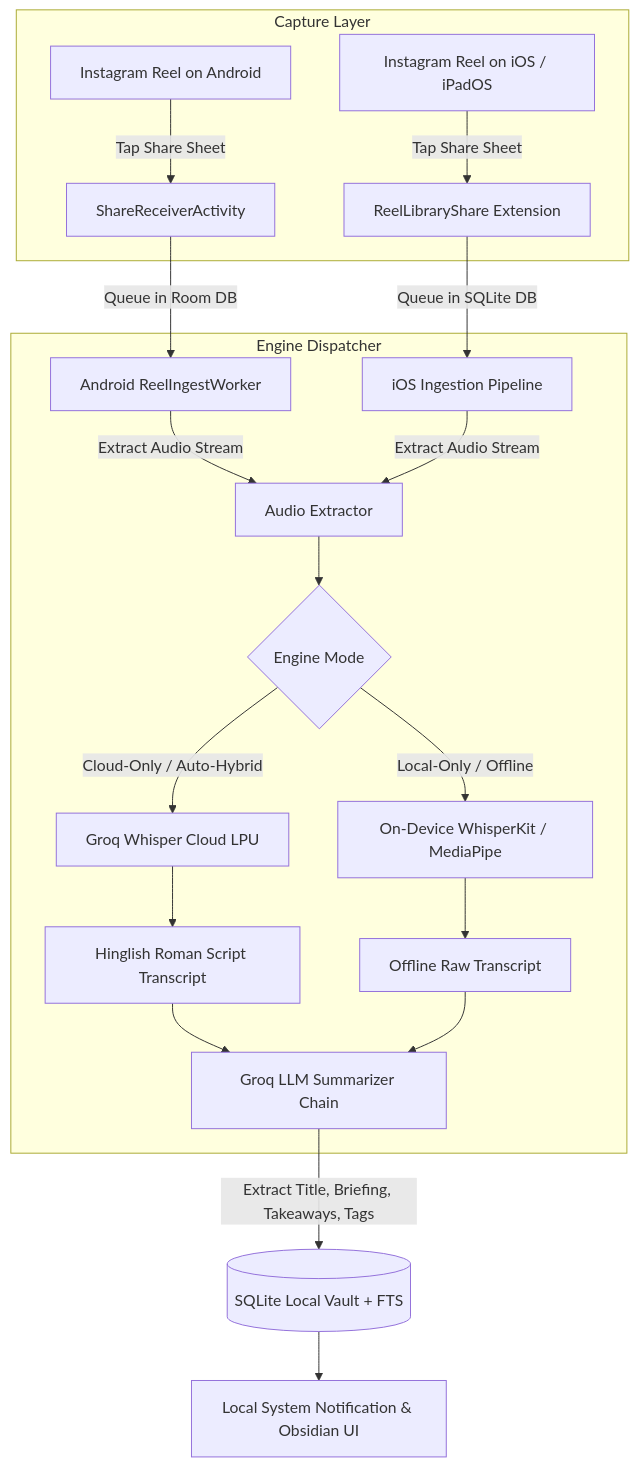
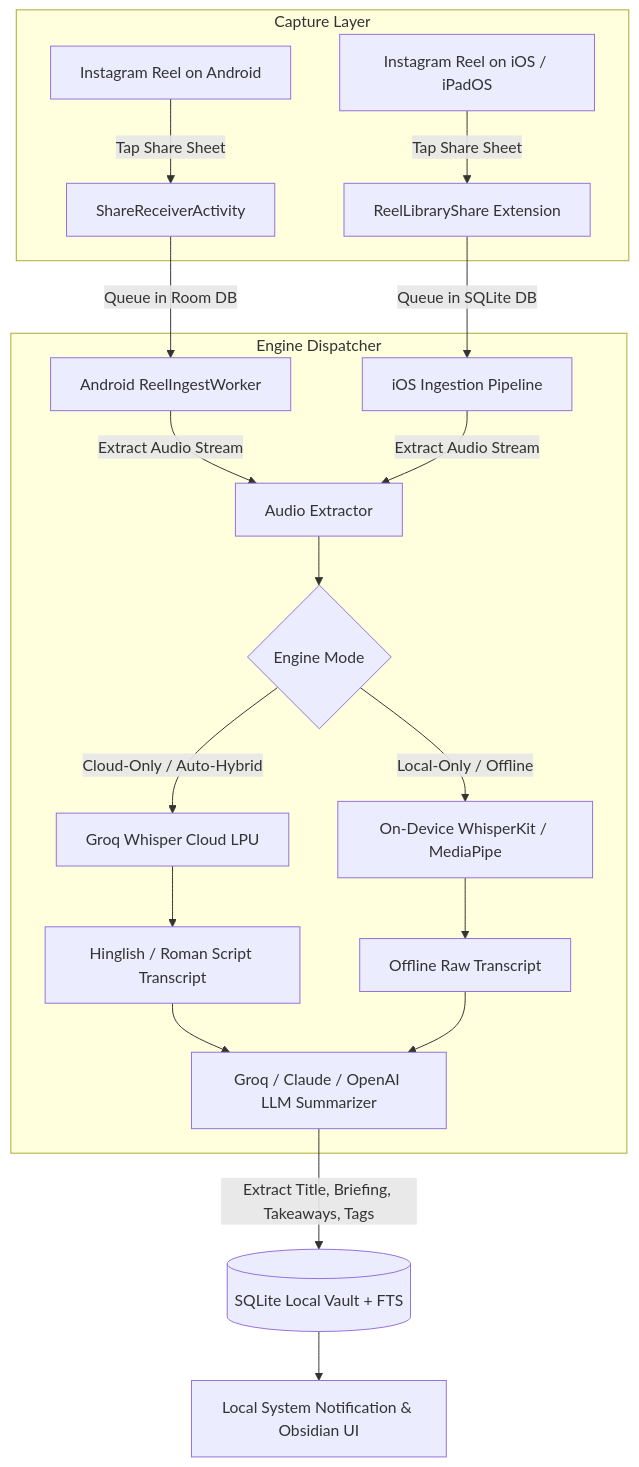
Before and after one commit to pratham1659/reel-library: the diagram in README.md, drawn with Mermaid. The commit also changed other lines of this file and 19 other files, not shown here.

````diff
--- a/README.md
+++ b/README.md
@@ -60,23 +142,23 @@
 ```mermaid
 flowchart TD
     subgraph Capture Layer
-        A1[Instagram Reel on Android] -->|Tap Share Sheet| B1[ShareReceiverActivity]
-        A2[Instagram Reel on iOS / iPadOS] -->|Tap Share Sheet| B2[ReelLibraryShare Extension]
+        A1["Instagram Reel on Android"] -->|Tap Share Sheet| B1["ShareReceiverActivity"]
+        A2["Instagram Reel on iOS / iPadOS"] -->|Tap Share Sheet| B2["ReelLibraryShare Extension"]
     end
     
-    B1 -->|Queue in Room DB| C1[Android ReelIngestWorker]
-    B2 -->|Queue in SQLite DB| C2[iOS Ingestion Pipeline]
+    B1 -->|Queue in Room DB| C1["Android ReelIngestWorker"]
+    B2 -->|Queue in SQLite DB| C2["iOS Ingestion Pipeline"]
     
     subgraph Engine Dispatcher
-        C1 & C2 -->|Extract Audio Stream| D[Audio Extractor]
-        D --> E{Engine Mode}
-        E -->|Cloud-Only / Auto-Hybrid| F[Groq Whisper Cloud LPU]
-        E -->|Local-Only / Offline| G[On-Device WhisperKit / MediaPipe]
-        F --> H[Hinglish Roman Script Transcript]
-        G --> I[Offline Raw Transcript]
-        H & I --> J[Groq LLM Summarizer Chain]
+        C1 & C2 -->|Extract Audio Stream| D["Audio Extractor"]
+        D --> E{"Engine Mode"}
+        E -->|Cloud-Only / Auto-Hybrid| F["Groq Whisper Cloud LPU"]
+        E -->|Local-Only / Offline| G["On-Device WhisperKit / MediaPipe"]
+        F --> H["Hinglish / Roman Script Transcript"]
+        G --> I["Offline Raw Transcript"]
+        H & I --> J["Groq / Claude / OpenAI LLM Summarizer"]
     end
     
-    J -->|Extract Title, Briefing, Takeaways, Tags| K[(SQLite Local Vault + FTS)]
-    K --> L[Local System Notification & Obsidian UI]
+    J -->|Extract Title, Briefing, Takeaways, Tags| K[("SQLite Local Vault + FTS")]
+    K --> L["Local System Notification & Obsidian UI"]
 ```
````
